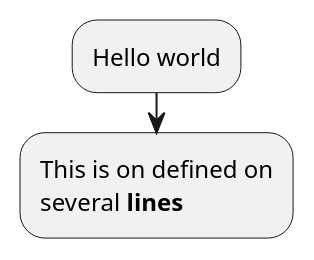
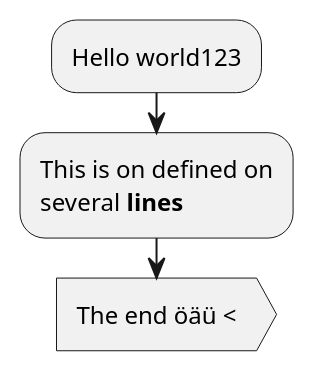
One commit to jbendotnet/plantuml-converter changed the diagram in converter/mdmocks/testUpdatedContent.md. Above: the diagram before and after it, drawn with PlantUML. The commit also changed other lines of this file and 3 other files, not shown here.

```diff
--- a/converter/mdmocks/testUpdatedContent.md
+++ b/converter/mdmocks/testUpdatedContent.md
@@ -37,6 +38,7 @@
 @startuml
 
-:Hello world;
+:Hello world123;
 :This is on defined on
 several **lines**;
+:The end öäü <> 
 @enduml
```
